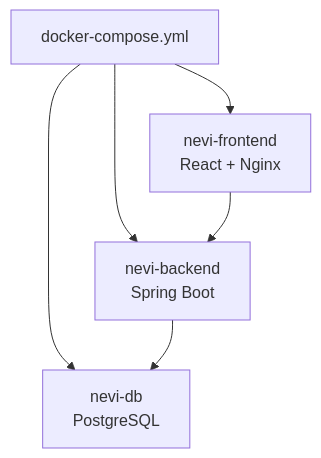
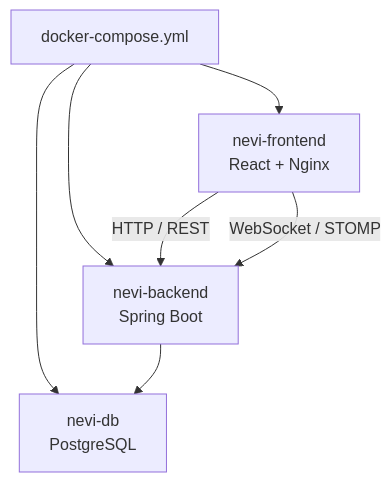
The ninth of 10 diagrams in dossier/08-c4-Trazabilidad.md (pinzon0930-boop/NEVI), drawn with Mermaid before and after one commit. The commit also changed other lines of this file, not shown here.

````diff
--- a/dossier/08-c4-Trazabilidad.md
+++ b/dossier/08-c4-Trazabilidad.md
@@ -404,12 +436,13 @@
 ```mermaid
 flowchart TD
 
     DC["docker-compose.yml"]
 
+    DC --> FE["nevi-frontend<br/>React + Nginx"]
+    DC --> BE["nevi-backend<br/>Spring Boot"]
     DC --> DB["nevi-db<br/>PostgreSQL"]
-    DC --> BE["nevi-backend<br/>Spring Boot"]
-    DC --> FE["nevi-frontend<br/>React + Nginx"]
 
+    FE -->|"HTTP / REST"| BE
+    FE -->|"WebSocket / STOMP"| BE
     BE --> DB
-    FE --> BE
 ```
````
